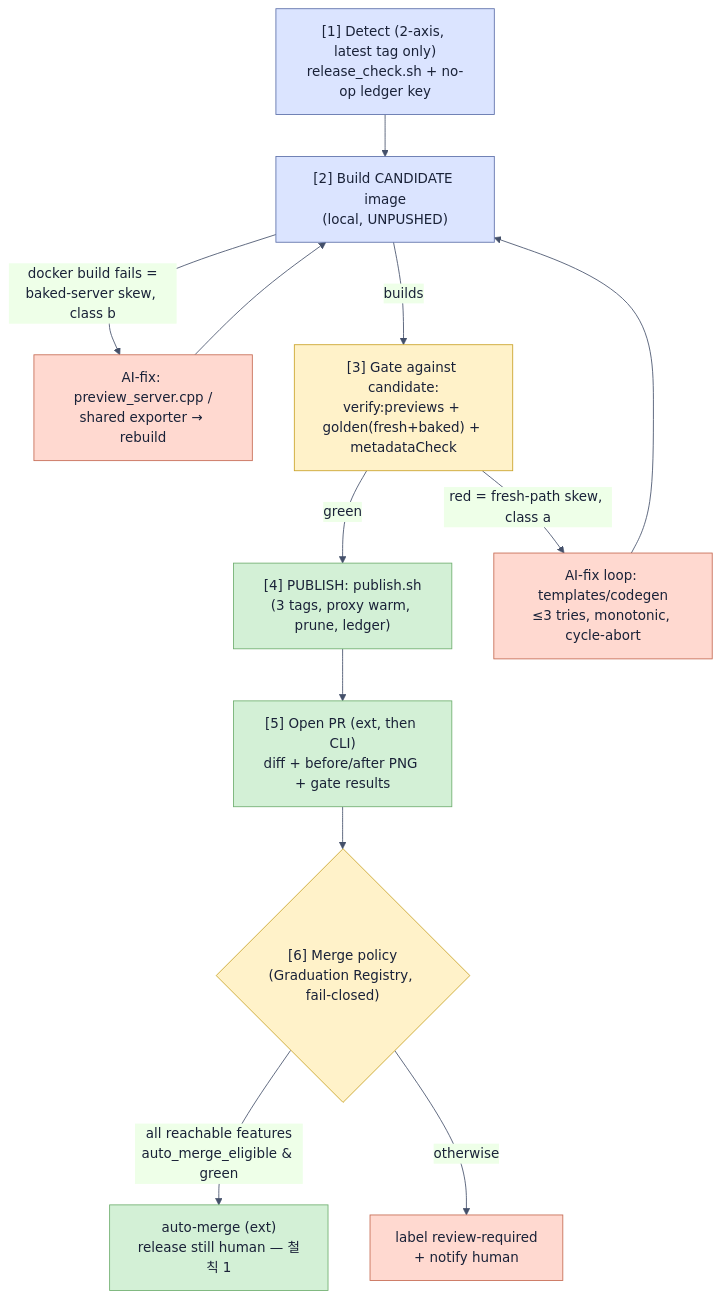
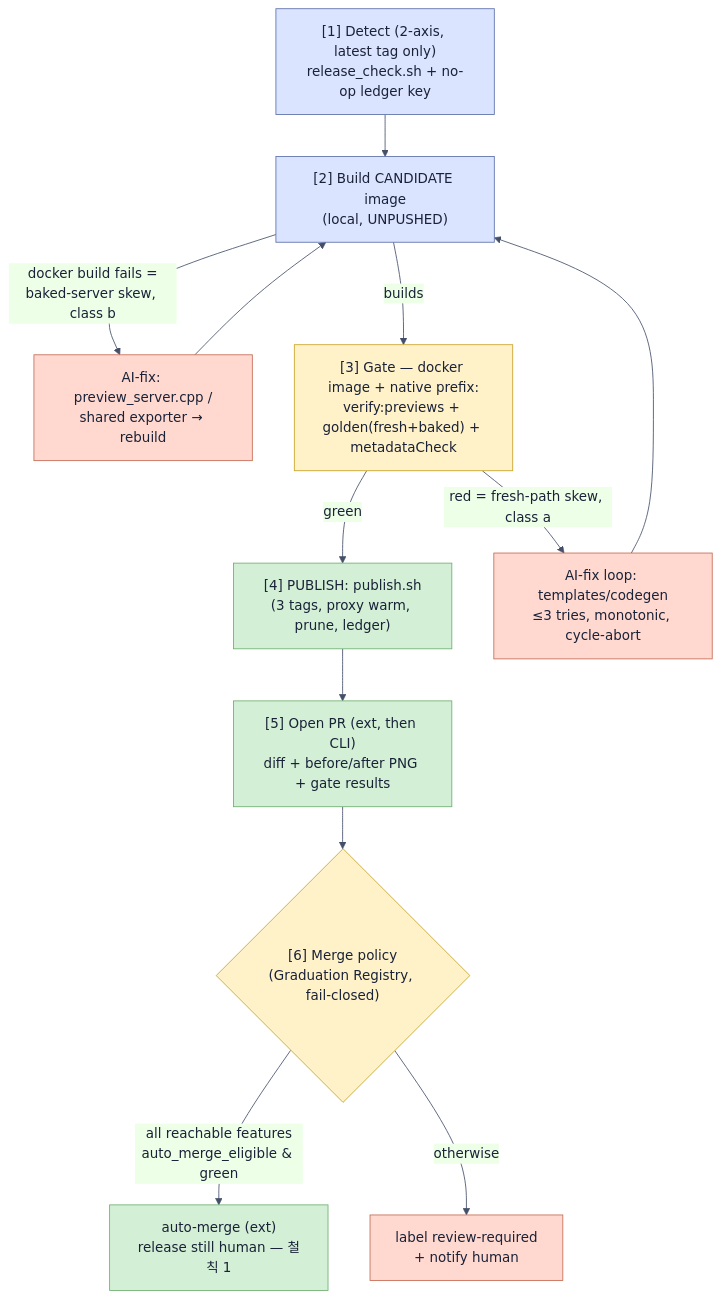
The diagram in docs/superpowers/specs/2026-07-08-dali-ui-code-sync-automation-design.md (dalihub/vscode-dali-ui-preview), drawn with Mermaid before and after one commit. The commit also changed other lines of this file, not shown here.

First line of the commit message:
docs(spec): lock credential + gate-mode decisions

````diff
--- a/docs/superpowers/specs/2026-07-08-dali-ui-code-sync-automation-design.md
+++ b/docs/superpowers/specs/2026-07-08-dali-ui-code-sync-automation-design.md
@@ -96,26 +96,26 @@
 ```mermaid
 %%{init:{'theme':'base','themeVariables':{'primaryColor':'#e8eeff','primaryTextColor':'#1a2238','lineColor':'#44506a','textColor':'#1a2238','clusterBkg':'#f4f7fd','titleColor':'#1a2238'}}}%%
 flowchart TD
     A["[1] Detect (2-axis, latest tag only)<br/>release_check.sh + no-op ledger key"] --> B["[2] Build CANDIDATE image<br/>(local, UNPUSHED)"]
     B -->|docker build fails =<br/>baked-server skew, class b| F1["AI-fix: preview_server.cpp /<br/>shared exporter → rebuild"]
     F1 --> B
-    B -->|builds| G["[3] Gate against candidate:<br/>verify:previews + golden(fresh+baked) + metadataCheck"]
+    B -->|builds| G["[3] Gate — docker image + native prefix:<br/>verify:previews + golden(fresh+baked) + metadataCheck"]
     G -->|green| P["[4] PUBLISH: publish.sh<br/>(3 tags, proxy warm, prune, ledger)"]
     G -->|red = fresh-path skew, class a| F2["AI-fix loop: templates/codegen<br/>≤3 tries, monotonic, cycle-abort"]
     F2 --> B
     P --> PR["[5] Open PR (ext, then CLI)<br/>diff + before/after PNG + gate results"]
     PR --> M{"[6] Merge policy<br/>(Graduation Registry, fail-closed)"}
     M -->|all reachable features<br/>auto_merge_eligible & green| MM["auto-merge (ext)<br/>release still human — 철칙 1"]
     M -->|otherwise| RR["label review-required<br/>+ notify human"]
 
     style A fill:#dbe4ff,color:#1a2238,stroke:#5b6ea8
     style B fill:#dbe4ff,color:#1a2238,stroke:#5b6ea8
     style G fill:#fff2c9,color:#1a2238,stroke:#c9a227
     style F1 fill:#ffd9d0,color:#1a2238,stroke:#c56a52
     style F2 fill:#ffd9d0,color:#1a2238,stroke:#c56a52
     style P fill:#d3f0d6,color:#1a2238,stroke:#6fae6f
     style PR fill:#d3f0d6,color:#1a2238,stroke:#6fae6f
     style M fill:#fff2c9,color:#1a2238,stroke:#c9a227
     style MM fill:#d3f0d6,color:#1a2238,stroke:#6fae6f
     style RR fill:#ffd9d0,color:#1a2238,stroke:#c56a52
 ```
````
